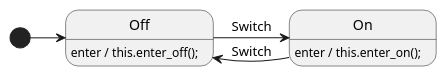
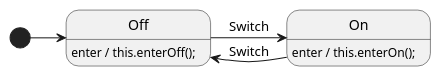
One commit to StateSmith/StateSmith changed the diagram in docs/languages/java/Lightbulb.puml. Above: the diagram before and after it, drawn with PlantUML. The commit also changed 2 other files, not shown here.

```diff
--- a/docs/languages/java/Lightbulb.puml
+++ b/docs/languages/java/Lightbulb.puml
@@ -1,12 +1,12 @@
 @startuml
 [*] -> Off
 Off -> On : Switch
 On -> Off : Switch
 
 ' Use actions to call functions on various triggers, 
 ' such as entering or exiting a state.
 ' You can call these functions whatever you want.
 ' You will define these functions in your callback.
-Off: enter / this.enter_off();
-On: enter / this.enter_on();
+Off: enter / this.enterOff();
+On: enter / this.enterOn();
 @enduml
```
